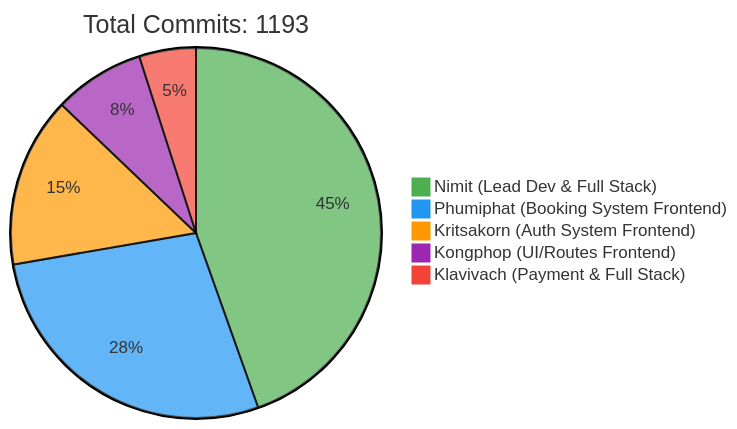
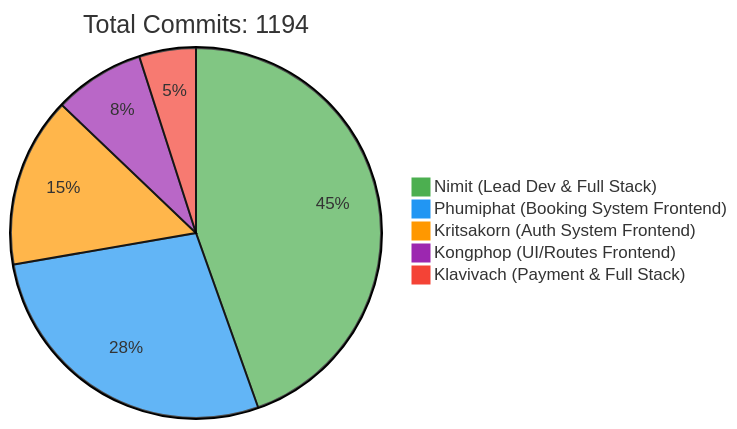
The first of 2 diagrams in README.md (6531503042/Sport-Complex), drawn with Mermaid before and after one commit. The commit also changed other lines of this file, not shown here.

Commit message:
docs: Update contributor statistics [skip ci]

````diff
--- a/README.md
+++ b/README.md
@@ -257,10 +257,10 @@
 ```mermaid
 %%{init: {'theme': 'base', 'themeVariables': { 'pie1': '#4CAF50', 'pie2': '#2196F3', 'pie3': '#FF9800', 'pie4': '#9C27B0', 'pie5': '#F44336'}}}%%
 pie
-    title Total Commits: 1193
+    title Total Commits: 1194
     "Nimit (Lead Dev & Full Stack)" : 450
     "Phumiphat (Booking System Frontend)" : 280
     "Kritsakorn (Auth System Frontend)" : 150
     "Kongphop (UI/Routes Frontend)" : 80
     "Klavivach (Payment & Full Stack)" : 50
 ```
````
